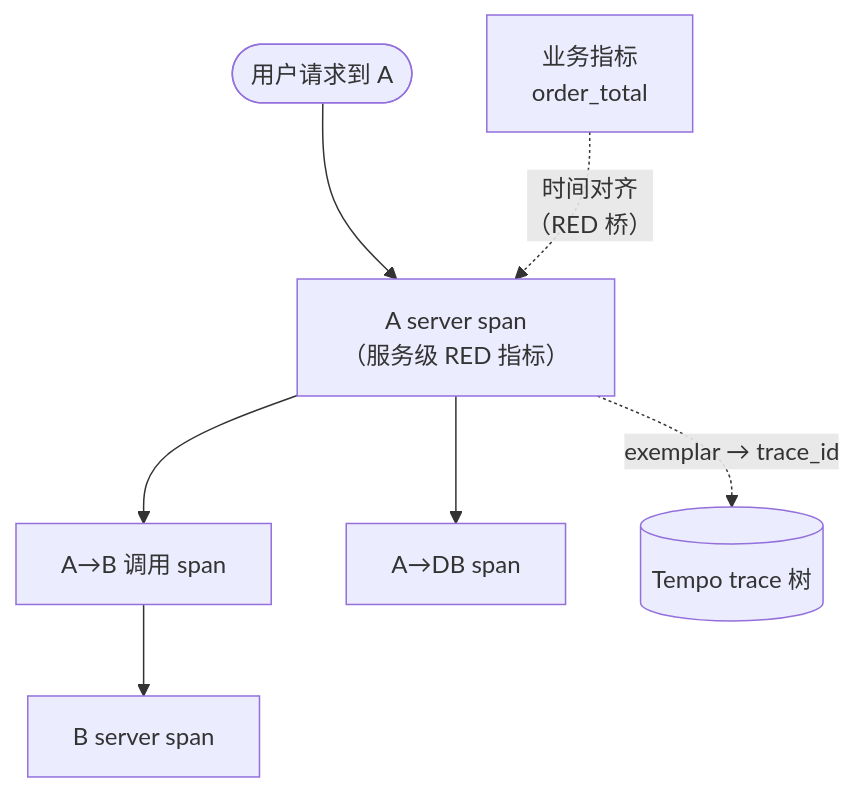
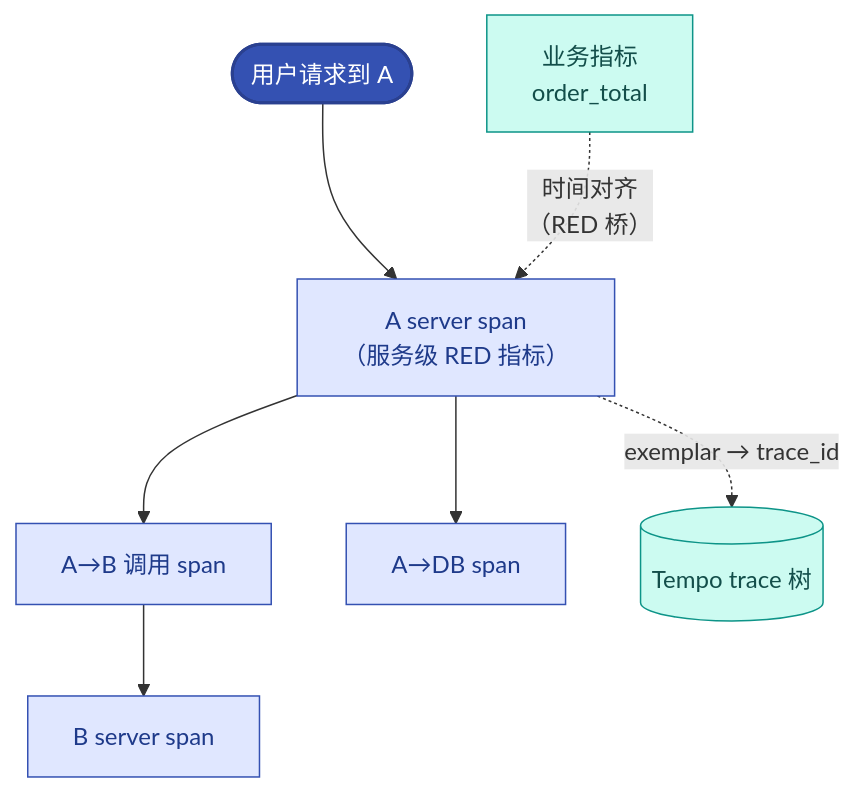
Before and after one commit to jackiesre721/ai-native-ops: the diagram in docs/12-opentelemetry-observability.md, drawn with Mermaid. The commit also changed 9 other files, not shown here.

First line of the commit message:
viz: 全部 12 张 mermaid 图上语义色

````diff
--- a/docs/12-opentelemetry-observability.md
+++ b/docs/12-opentelemetry-observability.md
@@ -49,9 +49,15 @@
 ```mermaid
 flowchart TB
     REQ([用户请求到 A]) --> A["A server span<br/>（服务级 RED 指标）"]
     A --> AB["A→B 调用 span"]
     A --> ADB["A→DB span"]
     AB --> B["B server span"]
     BIZ[业务指标<br/>order_total] -. "时间对齐<br/>（RED 桥）" .-> A
     A -. "exemplar → trace_id" .-> TRACE[(Tempo trace 树)]
+    classDef start fill:#3451b2,color:#fff,stroke:#2a4090,stroke-width:2px
+    classDef proc fill:#e0e7ff,stroke:#3451b2,color:#1e3a8a
+    classDef data fill:#ccfbf1,stroke:#0d9488,color:#134e4a
+    class REQ start
+    class A,AB,ADB,B proc
+    class BIZ,TRACE data
 ```
````
